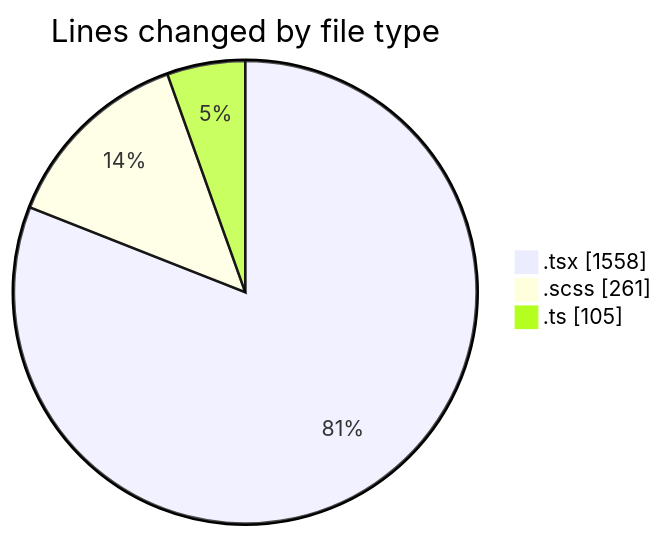
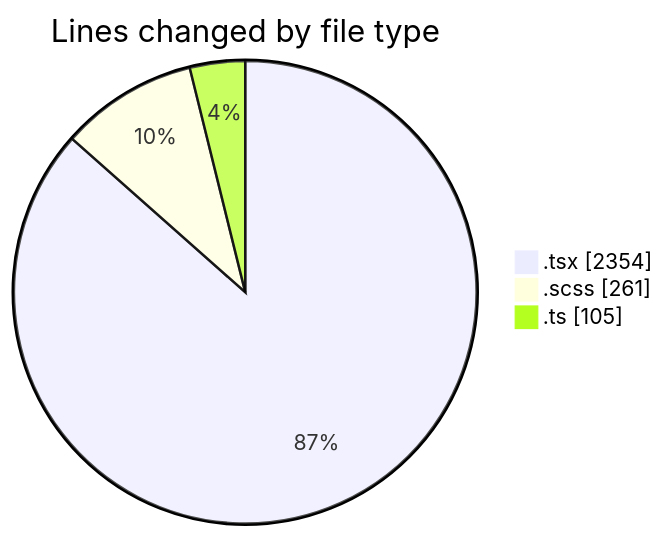
Before and after one commit to momahboobian/code-tracking: the first of 2 diagrams in 2026-11-06/cda/README.md, drawn with Mermaid. The commit also changed other lines of this file and 1 other file, not shown here.

````diff
--- a/2026-11-06/cda/README.md
+++ b/2026-11-06/cda/README.md
@@ -36,7 +37,7 @@
 ```mermaid
 pie showData
 title Lines changed by file type
-".tsx" : 1558
+".tsx" : 2354
 ".scss" : 261
 ".ts" : 105
 ```
````
